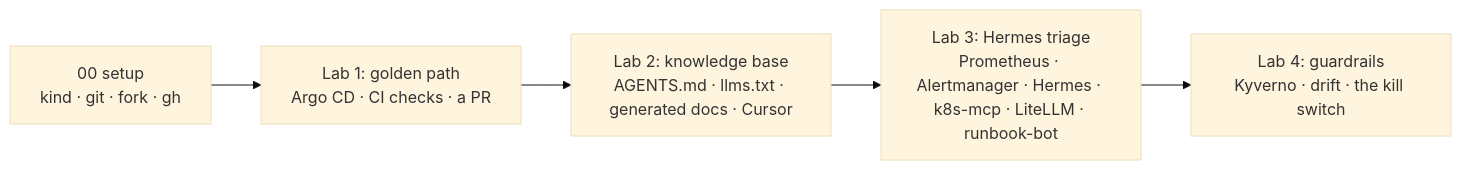
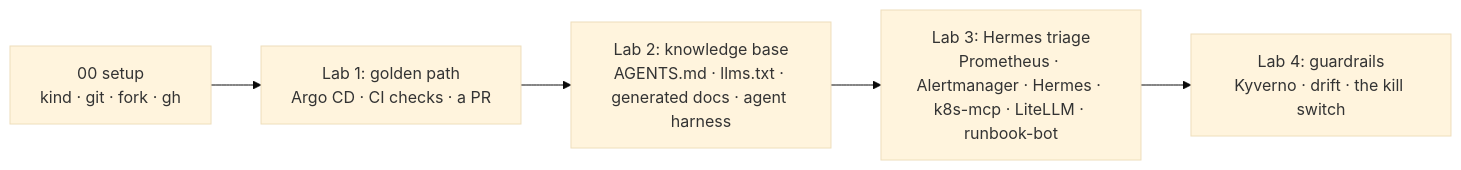
The second of 2 diagrams in labs/02-knowledge-base/kb/guides/platform-map.md (resizes/agentic-idp-packt), drawn with Mermaid (base theme) before and after one commit. The commit also changed other lines of this file and 13 other files, not shown here.

````diff
--- a/labs/02-knowledge-base/kb/guides/platform-map.md
+++ b/labs/02-knowledge-base/kb/guides/platform-map.md
@@ -56,8 +56,8 @@
 ```mermaid
 flowchart LR
   L0["00 setup<br/>kind · git · fork · gh"] --> L1
   L1["Lab 1: golden path<br/>Argo CD · CI checks · a PR"] --> L2
-  L2["Lab 2: knowledge base<br/>AGENTS.md · llms.txt · generated docs · Cursor"] --> L3
+  L2["Lab 2: knowledge base<br/>AGENTS.md · llms.txt · generated docs · agent harness"] --> L3
   L3["Lab 3: Hermes triage<br/>Prometheus · Alertmanager · Hermes · k8s-mcp · LiteLLM · runbook-bot"] --> L4
   L4["Lab 4: guardrails<br/>Kyverno · drift · the kill switch"]
 ```
````
